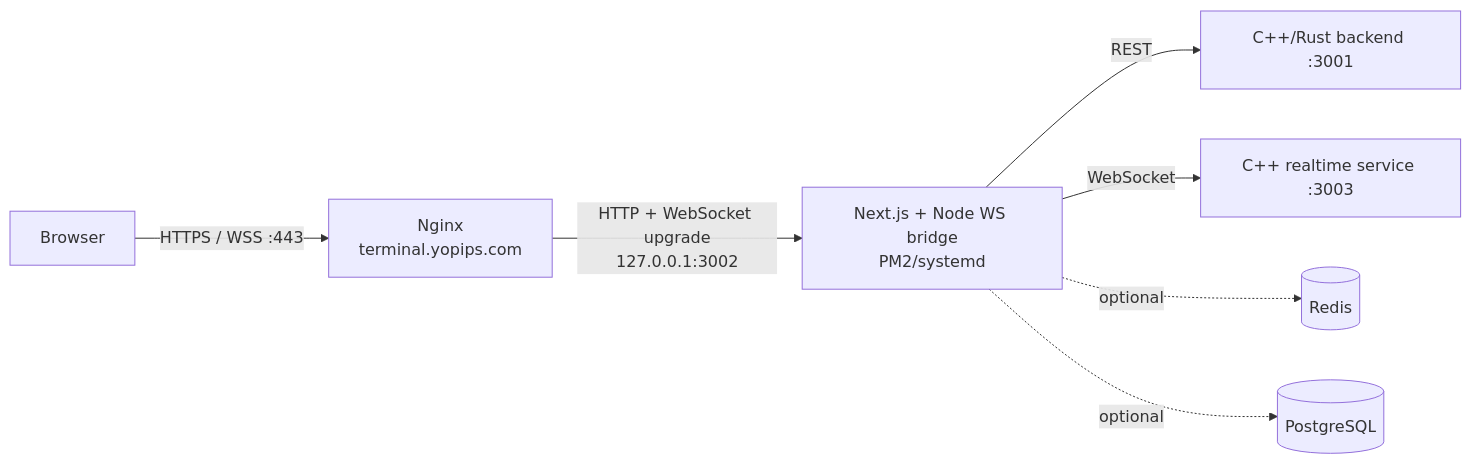
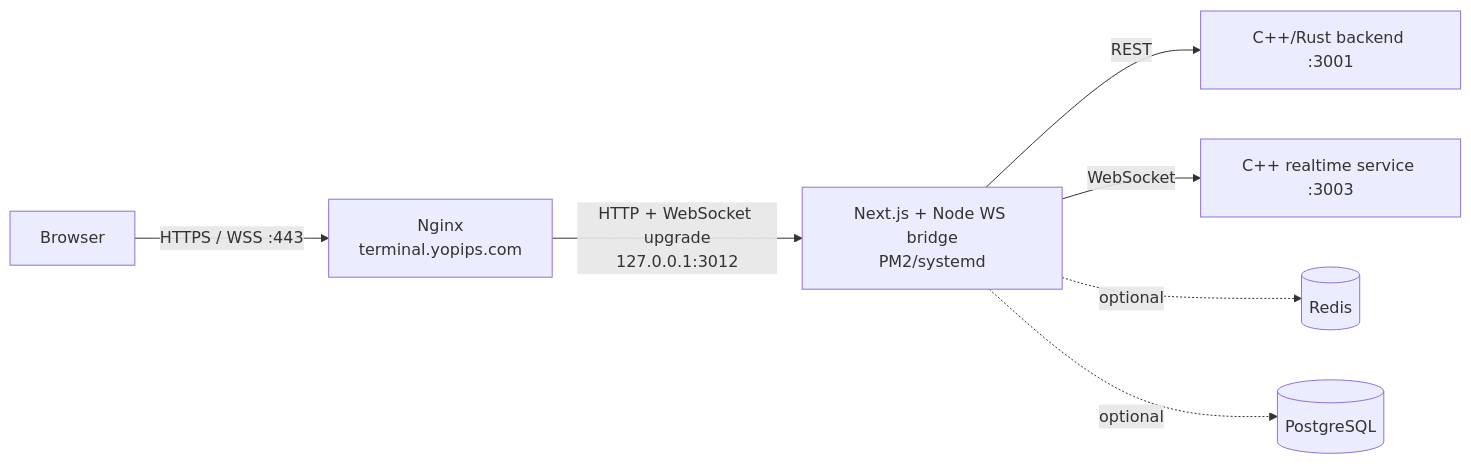
The first of 2 diagrams in PRODUCTION_DEPLOYMENT_PLAN.md (YoForex005/YP_NEW_Terminal), drawn with Mermaid before and after one commit. The commit also changed other lines of this file and 5 other files, not shown here.

````diff
--- a/PRODUCTION_DEPLOYMENT_PLAN.md
+++ b/PRODUCTION_DEPLOYMENT_PLAN.md
@@ -24,9 +24,9 @@
 ```mermaid
 flowchart LR
     Browser["Browser"] -->|"HTTPS / WSS :443"| Nginx["Nginx\nterminal.yopips.com"]
-    Nginx -->|"HTTP + WebSocket upgrade\n127.0.0.1:3002"| Node["Next.js + Node WS bridge\nPM2/systemd"]
+    Nginx -->|"HTTP + WebSocket upgrade\n127.0.0.1:3012"| Node["Next.js + Node WS bridge\nPM2/systemd"]
     Node -->|"REST"| API["C++/Rust backend :3001"]
     Node -->|"WebSocket"| Realtime["C++ realtime service :3003"]
     Node -.->|"optional"| Redis[(Redis)]
     Node -.->|"optional"| Postgres[(PostgreSQL)]
 ```
````
